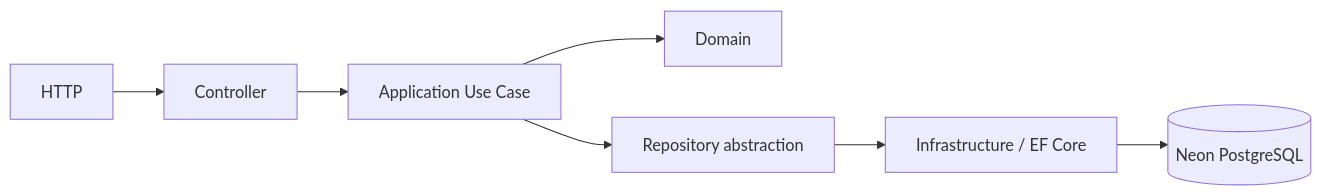
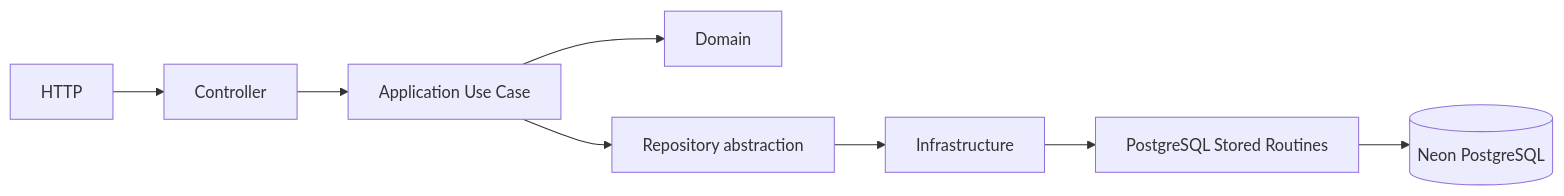
Before and after one commit to santi-osp/PT: the diagram in docs/architecture.md, drawn with Mermaid. The commit also changed other lines of this file and 14 other files, not shown here.

Commit message:
refactor(persistence): use PostgreSQL stored routines for customer operations

````diff
--- a/docs/architecture.md
+++ b/docs/architecture.md
@@ -10,9 +10,10 @@
 ```mermaid
 flowchart LR
     HTTP --> Controller
     Controller --> UseCase[Application Use Case]
     UseCase --> Domain
     UseCase --> Port[Repository abstraction]
-    Port --> EF[Infrastructure / EF Core]
-    EF --> Neon[(Neon PostgreSQL)]
+    Port --> Infrastructure
+    Infrastructure --> Routines[PostgreSQL Stored Routines]
+    Routines --> Neon[(Neon PostgreSQL)]
 ```
````
